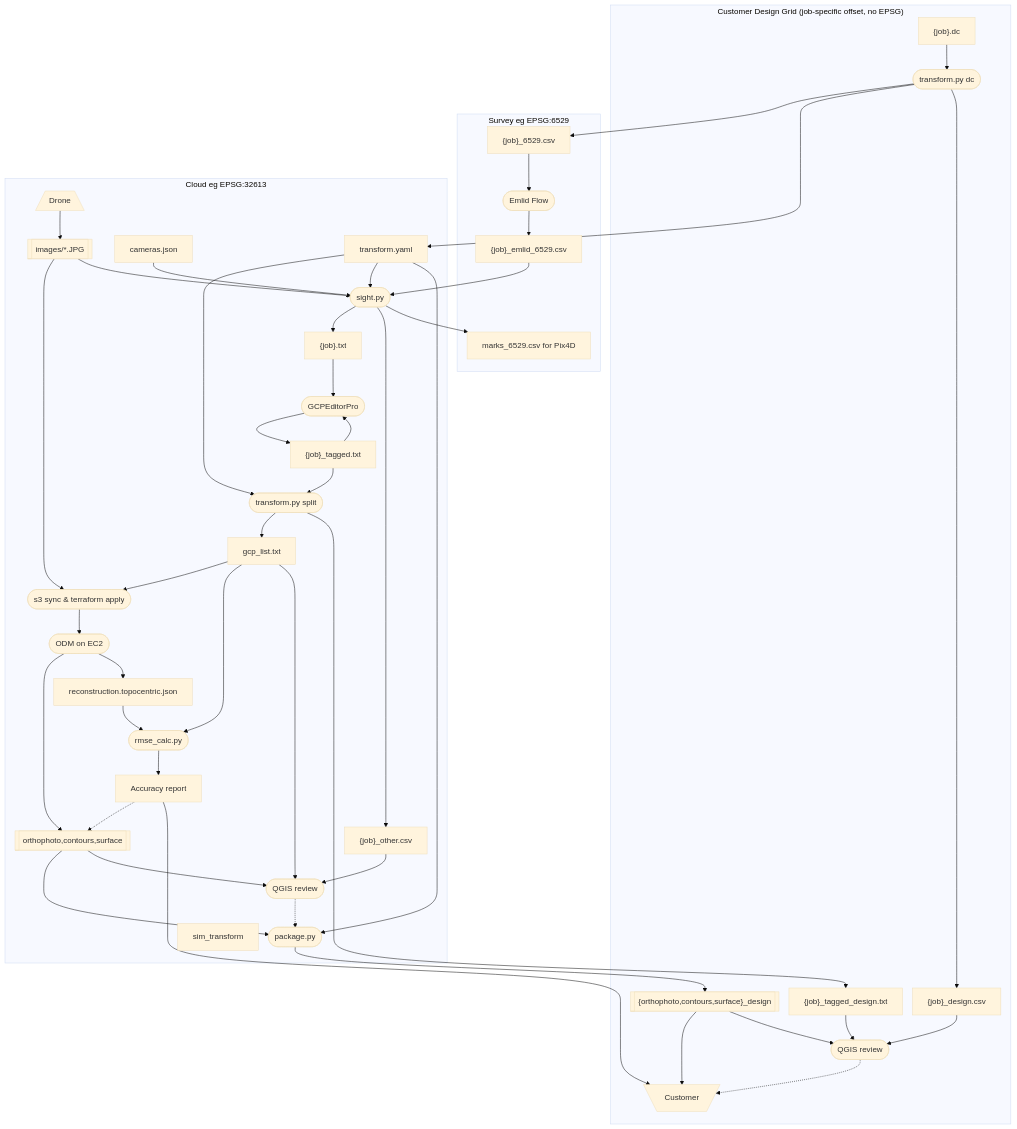
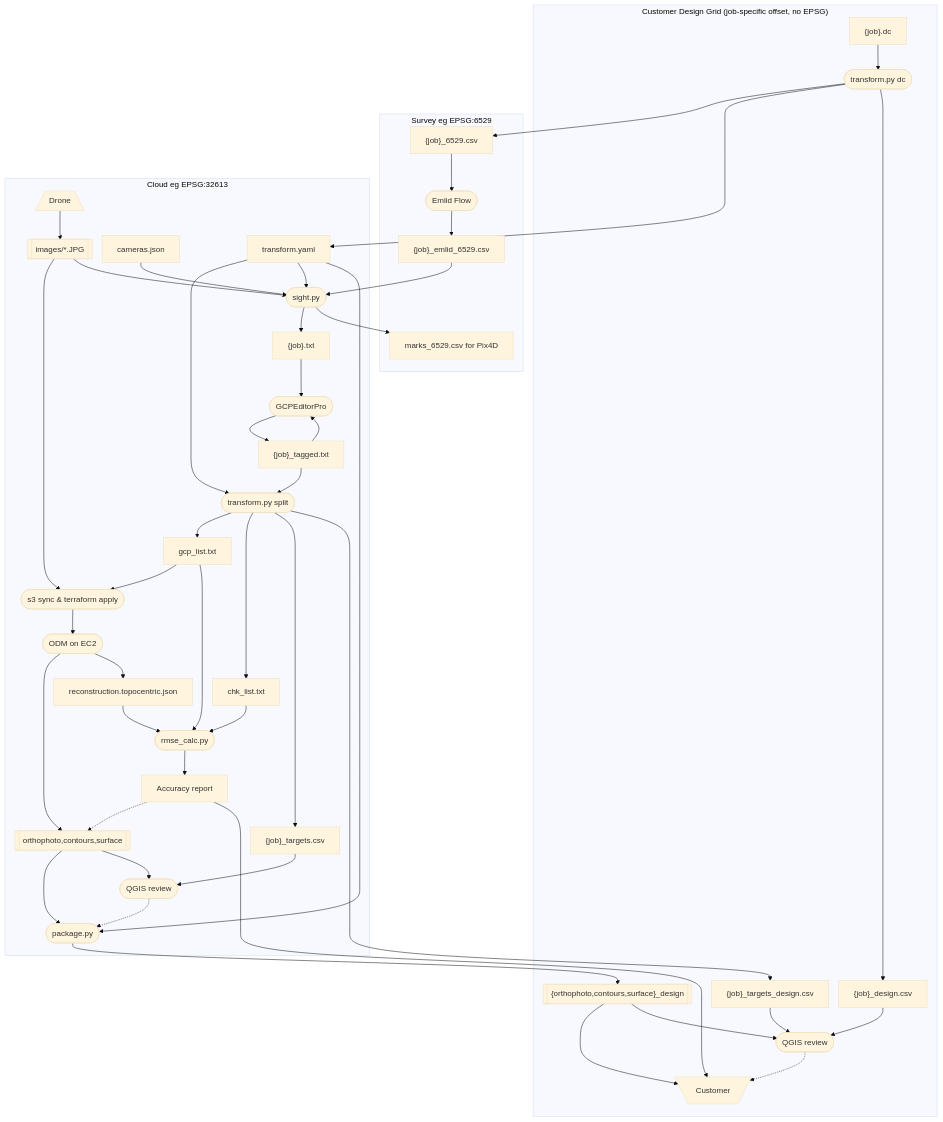
One commit to jrstear/geo changed the diagram in docs/odm-workflow.md. Above: the diagram before and after it, drawn with Mermaid. The commit also changed other lines of this file and 3 other files, not shown here.

````diff
--- a/docs/odm-workflow.md
+++ b/docs/odm-workflow.md
@@ -18,14 +18,15 @@
     all["{job}_emlid_6529.csv"]
     cameras["cameras.json"]
     sight(["sight.py"])
-    other["{job}_other.csv"]
     marks["marks_6529.csv for Pix4D"]
     targets["{job}.txt"]
     gcpeditor(["GCPEditorPro"])
     tagged["{job}_tagged.txt"]
     split(["transform.py split"])
-    control["gcp_list.txt"]
-    tagged_design["{job}_tagged_design.txt"]
+    gcp_list["gcp_list.txt"]
+    chk_list["chk_list.txt"]
+    targets_csv["{job}_targets.csv"]
+    targets_design["{job}_targets_design.csv"]
     s3(["s3 sync & terraform apply"])
     odm(["ODM on EC2"])
     rmse(["rmse_calc.py"])
@@ -44,7 +45,7 @@
         cust_dc
         extract
         points_design
-        tagged_design
+        targets_design
         delivered
         qgis_design
         customer
@@ -61,22 +62,22 @@
         drone
         images
         targets
-	cameras
+        cameras
         sight
         transform_yaml
         gcpeditor
         tagged
         split
-        control
+        gcp_list
+        chk_list
+        targets_csv
         s3
         odm
         deliverables
         model
-        sim_transform
         rmse
         report
         packager
-        other
         qgis_cloud
     end
 
@@ -91,21 +92,22 @@
     emlid --> all --> sight
     cameras --> sight
     sight --> targets
-    sight --> other
     sight --> marks
-    other --> qgis_cloud
     targets --> gcpeditor
     gcpeditor --> tagged
     tagged --> split
     tagged --> gcpeditor
     transform_yaml --> split
     transform_yaml --> sight
-    split --> control
-    split --> tagged_design
-    control --> s3
+    split --> gcp_list
+    split --> chk_list
+    split --> targets_csv
+    split --> targets_design
+    gcp_list --> s3
     s3 --> odm --> deliverables
     odm --> model
-    control --> rmse
+    gcp_list --> rmse
+    chk_list --> rmse
     model --> rmse
     rmse --> report
     transform_yaml --> packager
@@ -117,9 +119,9 @@
     delivered --> customer
     delivered --> qgis_design
     points_design --> qgis_design
-    tagged_design --> qgis_design
+    targets_design --> qgis_design
     deliverables --> qgis_cloud
-    control --> qgis_cloud
+    targets_csv --> qgis_cloud
     qgis_design -.-> customer
 
 ```
````
